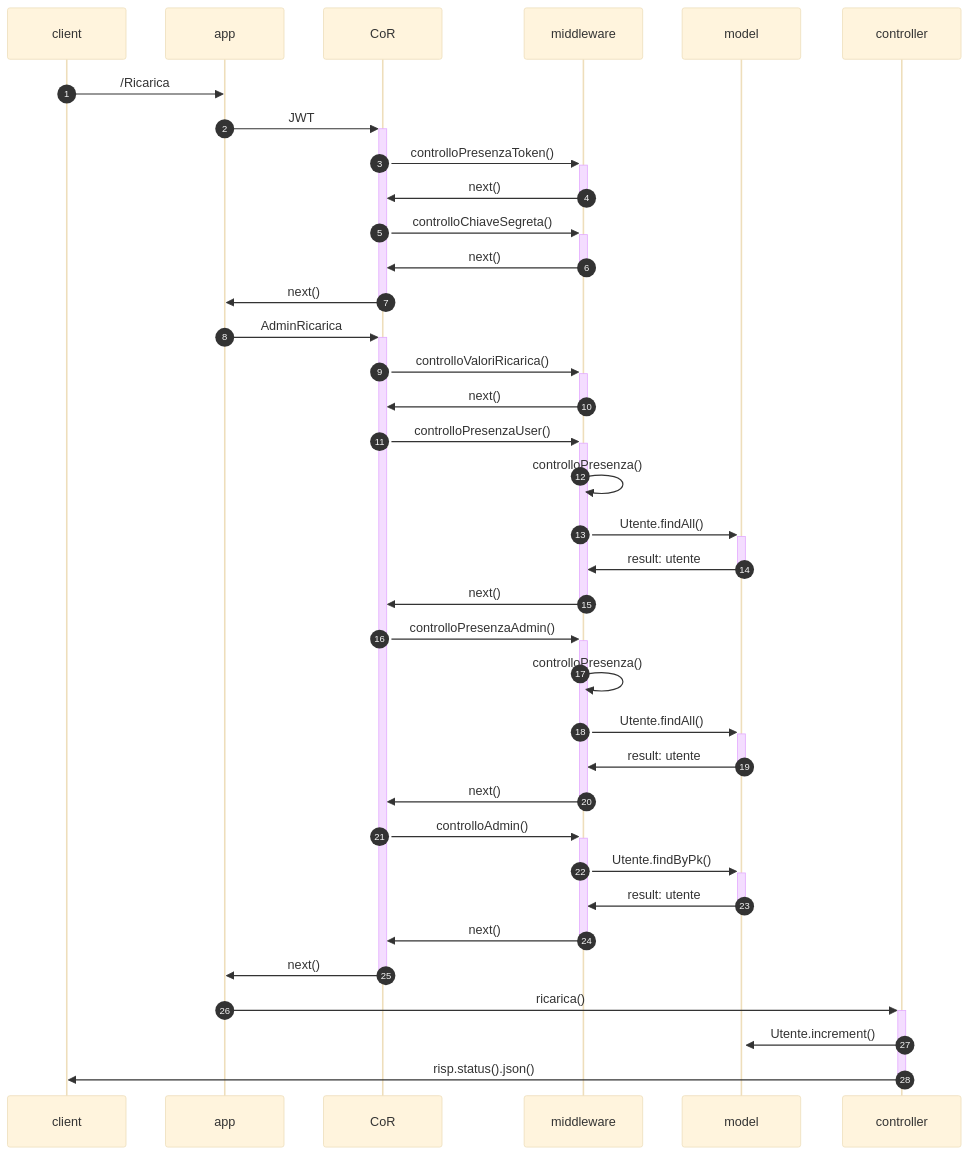
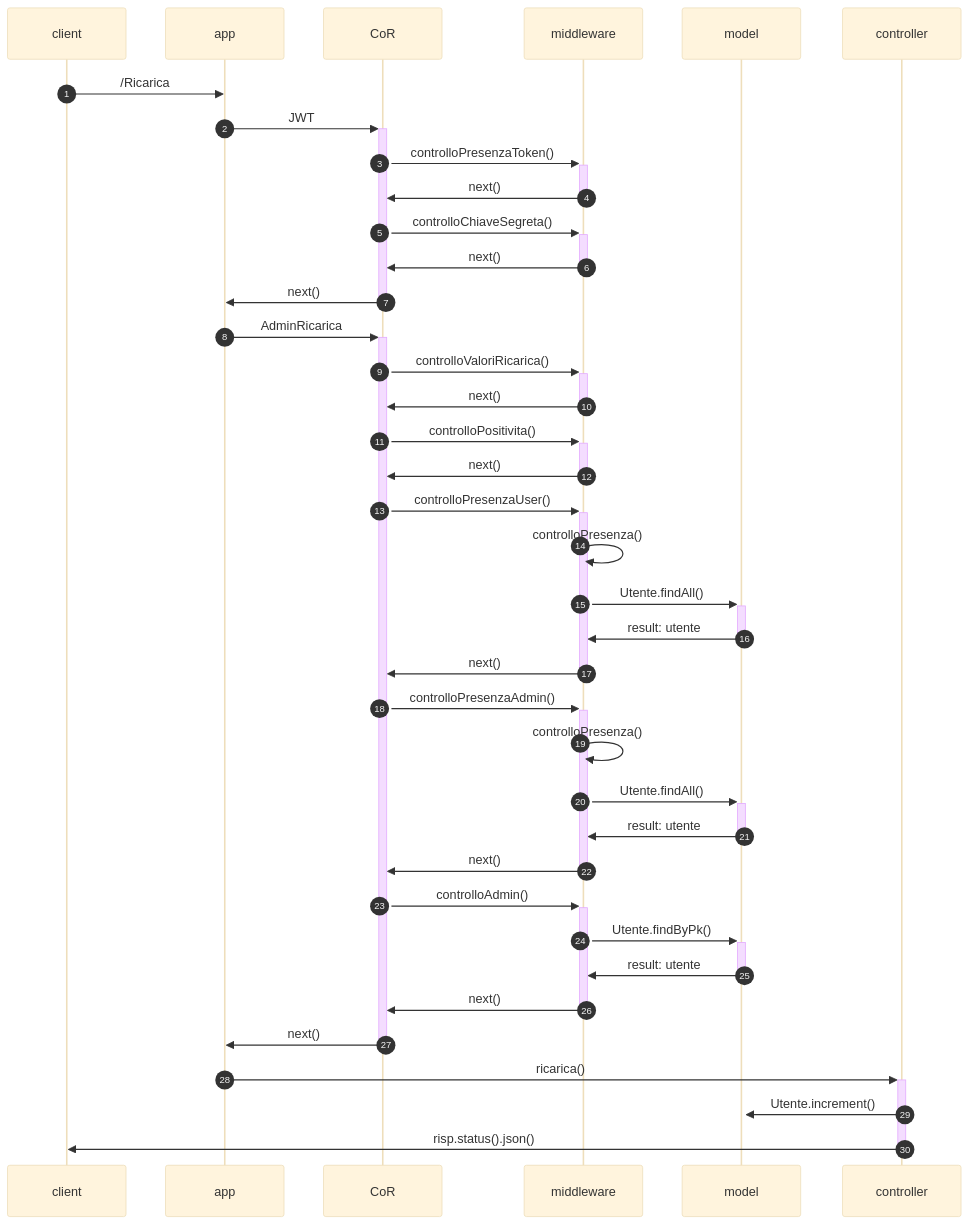
Before and after one commit to MargheritaGaleazzi/AcquistoBeniStorici-Progetto-PA: the ninth of 9 diagrams in README.md, drawn with Mermaid (base theme). The commit also changed other lines of this file, not shown here.

````diff
--- a/README.md
+++ b/README.md
@@ -506,32 +532,34 @@
 ```mermaid
 sequenceDiagram
 autonumber
 client ->> app: /Ricarica
 app ->>+ CoR: JWT
 CoR ->>+ middleware: controlloPresenzaToken()
 middleware ->>- CoR:  next()
 CoR ->>+ middleware: controlloChiaveSegreta()
 middleware ->>- CoR:  next()
 CoR ->>- app : next()
 app ->>+ CoR: AdminRicarica
 CoR ->>+ middleware: controlloValoriRicarica()
+middleware ->>- CoR:  next()
+CoR ->>+ middleware: controlloPositivita()
 middleware ->>- CoR:  next()
 CoR ->>+ middleware: controlloPresenzaUser()
 middleware ->> middleware: controlloPresenza()
 middleware ->>+ model: Utente.findAll()
 model ->>- middleware: result: utente
 middleware ->>- CoR:  next()
 CoR ->>+ middleware: controlloPresenzaAdmin()
 middleware ->> middleware: controlloPresenza()
 middleware ->>+ model: Utente.findAll()
 model ->>- middleware: result: utente
 middleware ->>- CoR:  next()
 CoR ->>+ middleware: controlloAdmin()
 middleware ->>+ model: Utente.findByPk()
 model ->>- middleware: result: utente
 middleware ->>- CoR:  next()
 CoR ->>- app : next()
 app ->>+ controller: ricarica()
 controller ->>+ model : Utente.increment()
 controller ->>- client:  risp.status().json()
 ```
````
